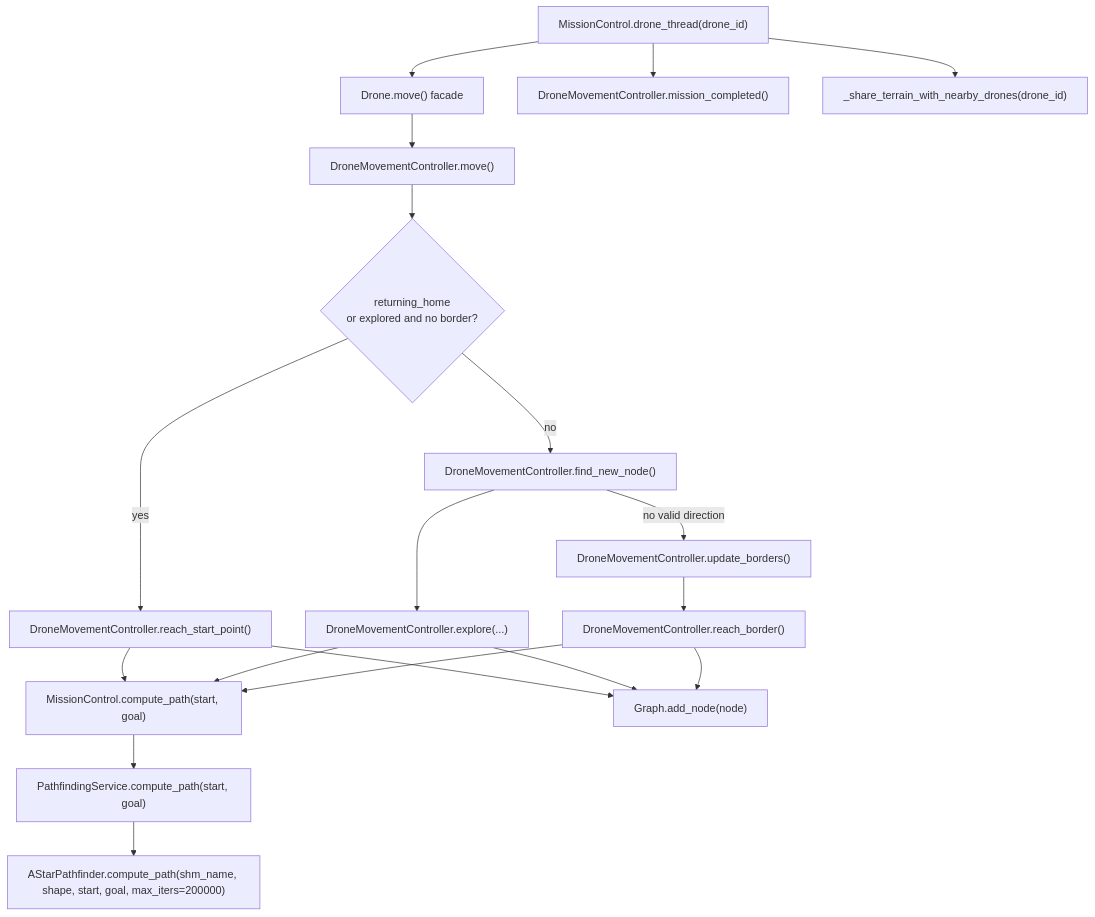
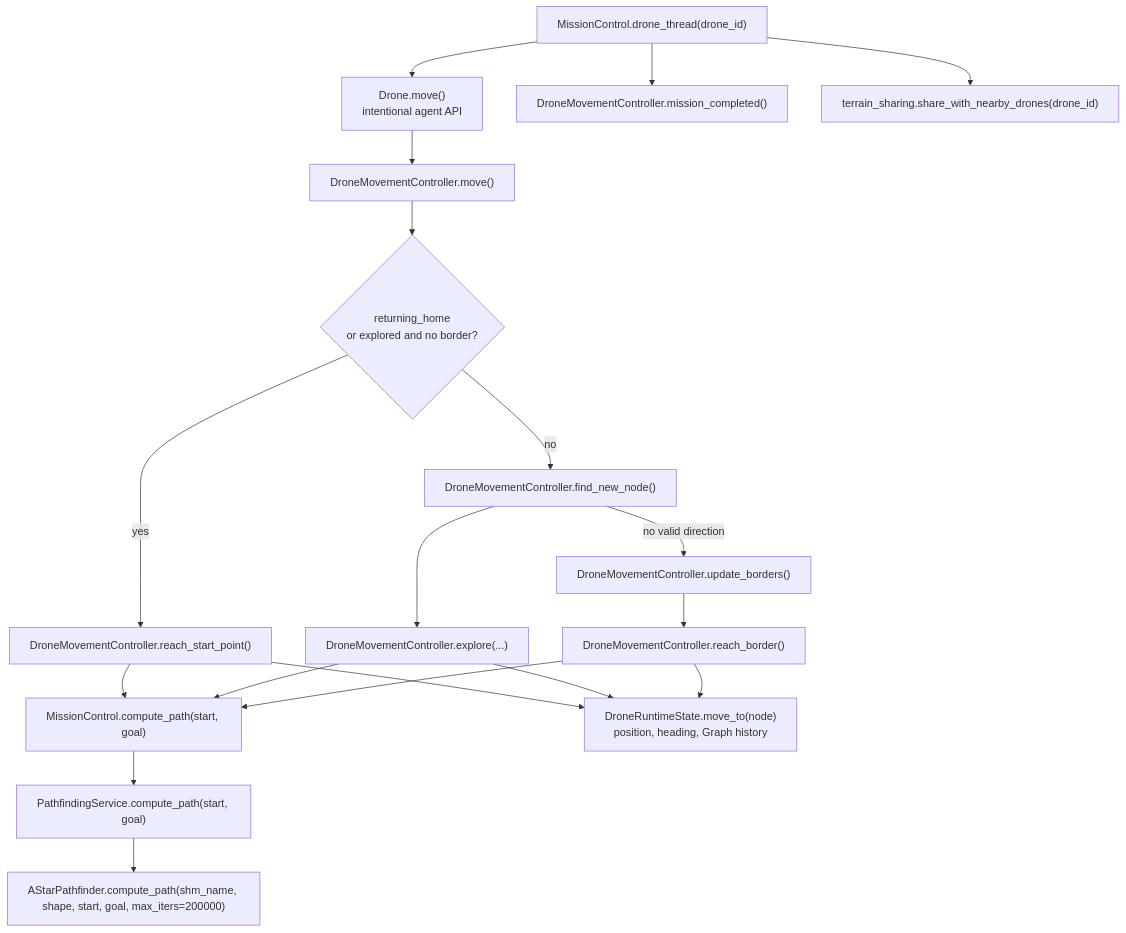
One commit to Gmark117/Cave_Game changed the seventh of 14 diagrams in CODEFLOW.md. Above: the diagram before and after it, drawn with Mermaid. The commit also changed other lines of this file and 82 other files, not shown here.

````diff
--- a/CODEFLOW.md
+++ b/CODEFLOW.md
@@ -386,30 +420,30 @@
 ```mermaid
 flowchart TD
     Thread["MissionControl.drone_thread(drone_id)"]
-    Move["Drone.move() facade"]
+    Move["Drone.move()<br/>intentional agent API"]
     Controller["DroneMovementController.move()"]
     Complete["DroneMovementController.mission_completed()"]
-    Share["_share_terrain_with_nearby_drones(drone_id)"]
+    Share["terrain_sharing.share_with_nearby_drones(drone_id)"]
     HomeCheck{"returning_home<br/>or explored and no border?"}
     Start["DroneMovementController.reach_start_point()"]
     Find["DroneMovementController.find_new_node()"]
     Explore["DroneMovementController.explore(...)"]
     UpdateBorders["DroneMovementController.update_borders()"]
     ReachBorder["DroneMovementController.reach_border()"]
     Path["MissionControl.compute_path(start, goal)"]
     Service["PathfindingService.compute_path(start, goal)"]
     AStar["AStarPathfinder.compute_path(shm_name, shape, start, goal, max_iters=200000)"]
-    Graph["Graph.add_node(node)"]
+    Runtime["DroneRuntimeState.move_to(node)<br/>position, heading, Graph history"]
 
     Thread --> Complete
     Thread --> Move --> Controller
     Controller --> HomeCheck
     HomeCheck -->|"yes"| Start --> Path
     HomeCheck -->|"no"| Find --> Explore --> Path
     Find -->|"no valid direction"| UpdateBorders --> ReachBorder --> Path
     Path --> Service --> AStar
-    Start --> Graph
-    Explore --> Graph
-    ReachBorder --> Graph
+    Start --> Runtime
+    Explore --> Runtime
+    ReachBorder --> Runtime
     Thread --> Share
 ```
````
